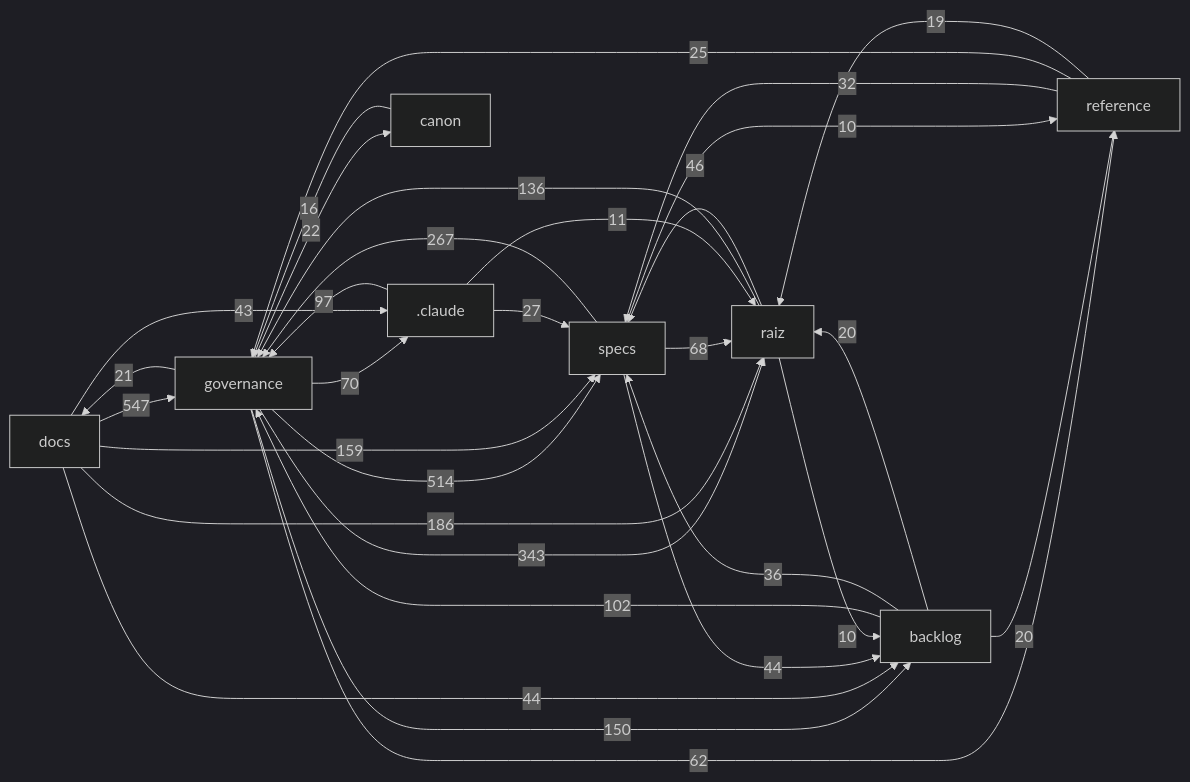
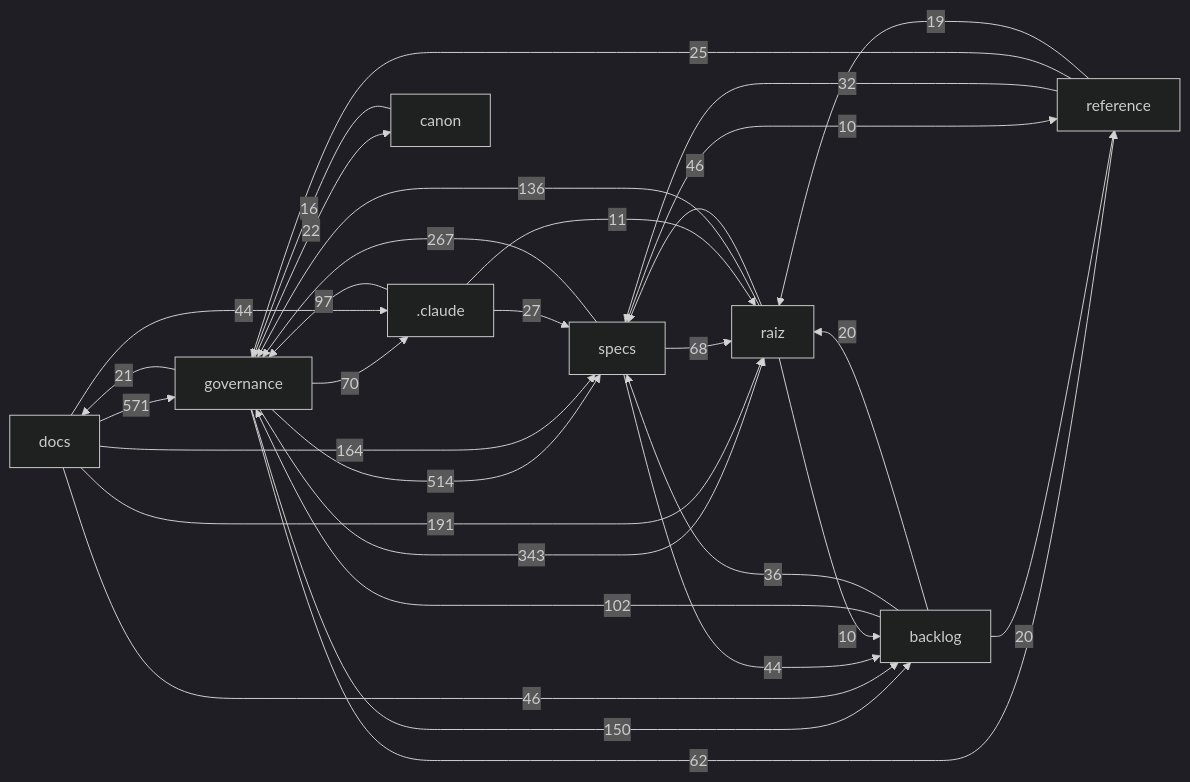
One commit to Andraus35/Sistema-Operacional-de-Trading--SOT changed the diagram in docs/mapa/MAPA-PROJETO.md. Above: the diagram before and after it, drawn with Mermaid (dark theme). The commit also changed other lines of this file and 5 other files, not shown here.

````diff
--- a/docs/mapa/MAPA-PROJETO.md
+++ b/docs/mapa/MAPA-PROJETO.md
@@ -29,33 +29,33 @@
 ```mermaid
 flowchart LR
-  docs["docs"] -->|547| governance["governance"]
+  docs["docs"] -->|571| governance["governance"]
   governance["governance"] -->|514| specs["specs"]
   governance["governance"] -->|343| raiz["raiz"]
   specs["specs"] -->|267| governance["governance"]
-  docs["docs"] -->|186| raiz["raiz"]
-  docs["docs"] -->|159| specs["specs"]
+  docs["docs"] -->|191| raiz["raiz"]
+  docs["docs"] -->|164| specs["specs"]
   governance["governance"] -->|150| backlog["backlog"]
   raiz["raiz"] -->|136| governance["governance"]
   backlog["backlog"] -->|102| governance["governance"]
   _claude[".claude"] -->|97| governance["governance"]
   governance["governance"] -->|70| _claude[".claude"]
   specs["specs"] -->|68| raiz["raiz"]
   governance["governance"] -->|62| reference["reference"]
   raiz["raiz"] -->|46| specs["specs"]
-  docs["docs"] -->|44| backlog["backlog"]
+  docs["docs"] -->|46| backlog["backlog"]
+  docs["docs"] -->|44| _claude[".claude"]
   specs["specs"] -->|44| backlog["backlog"]
-  docs["docs"] -->|43| _claude[".claude"]
   backlog["backlog"] -->|36| specs["specs"]
   reference["reference"] -->|32| specs["specs"]
   _claude[".claude"] -->|27| specs["specs"]
   reference["reference"] -->|25| governance["governance"]
   governance["governance"] -->|22| canon["canon"]
   governance["governance"] -->|21| docs["docs"]
   backlog["backlog"] -->|20| raiz["raiz"]
   backlog["backlog"] -->|20| reference["reference"]
   reference["reference"] -->|19| raiz["raiz"]
   canon["canon"] -->|16| governance["governance"]
   _claude[".claude"] -->|11| raiz["raiz"]
   raiz["raiz"] -->|10| backlog["backlog"]
   specs["specs"] -->|10| reference["reference"]
 ```
````
